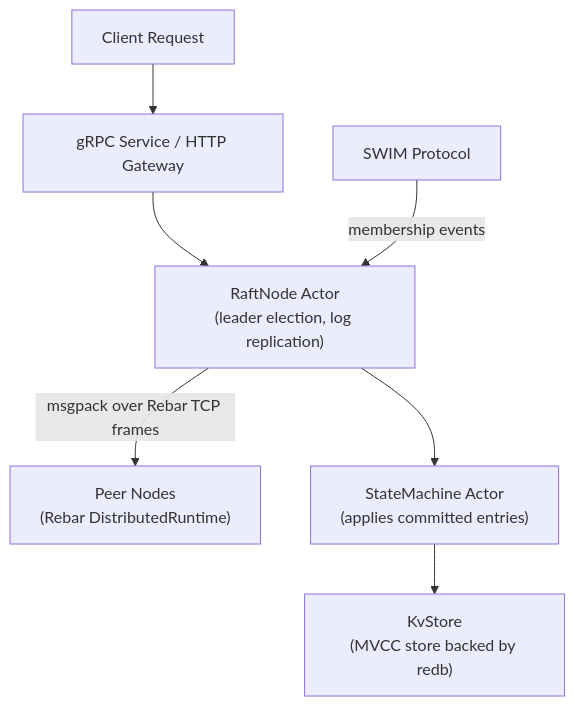
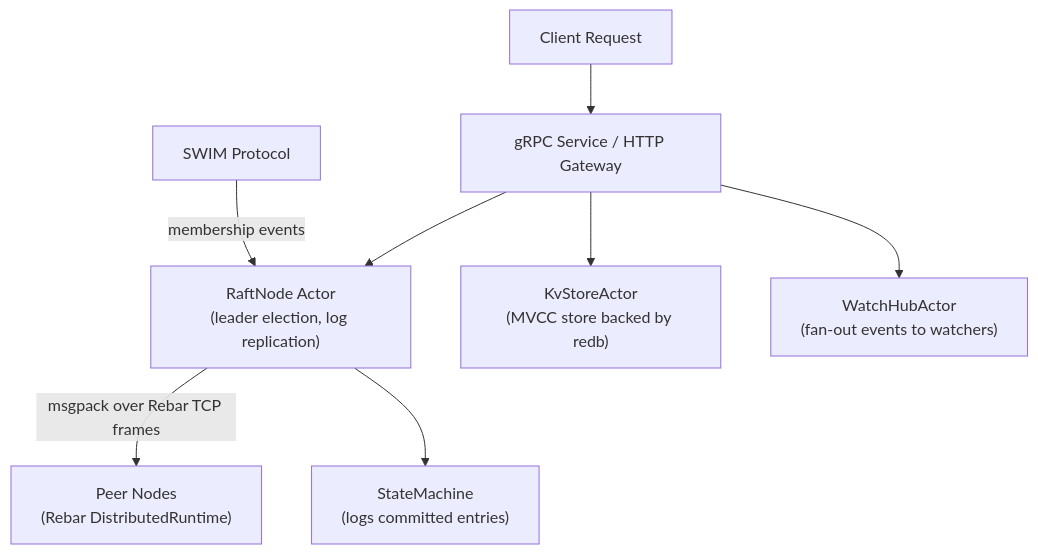
The second of 2 diagrams in README.md (alexandernicholson/barkeeper), drawn with Mermaid before and after one commit. The commit also changed other lines of this file and 3 other files, not shown here.

````diff
--- a/README.md
+++ b/README.md
@@ -119,9 +119,10 @@
 ```mermaid
 graph TD
     Client["Client Request"] --> API["gRPC Service / HTTP Gateway"]
     API --> Raft["RaftNode Actor<br>(leader election, log replication)"]
     Raft -->|"msgpack over Rebar TCP frames"| Peers["Peer Nodes<br>(Rebar DistributedRuntime)"]
-    Raft --> SM["StateMachine Actor<br>(applies committed entries)"]
-    SM --> KV["KvStore<br>(MVCC store backed by redb)"]
+    Raft --> SM["StateMachine<br>(logs committed entries)"]
+    API --> KSA["KvStoreActor<br>(MVCC store backed by redb)"]
+    API --> WHA["WatchHubActor<br>(fan-out events to watchers)"]
     SWIM["SWIM Protocol"] -->|"membership events"| Raft
 ```
````
